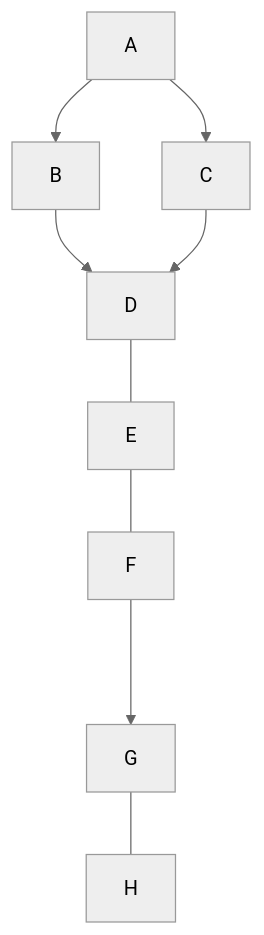
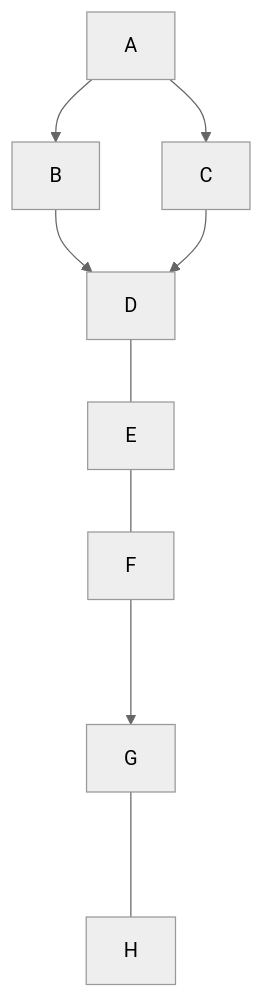
One commit to misterkrull/GitWhippingBoy changed the first of 2 diagrams in README.md. Above: the diagram before and after it, drawn with Mermaid (neutral theme).

Commit message:
Update README.md 123456789101112

````diff
--- a/README.md
+++ b/README.md
@@ -1,11 +1,11 @@
 ```mermaid
   graph TB;
       A-->B;
       A-->C;
       B-->D;
       C-->D;
       D---E;
       E---F;
       F--->G;
-      G---H;
+      G----H;
 ```
````
